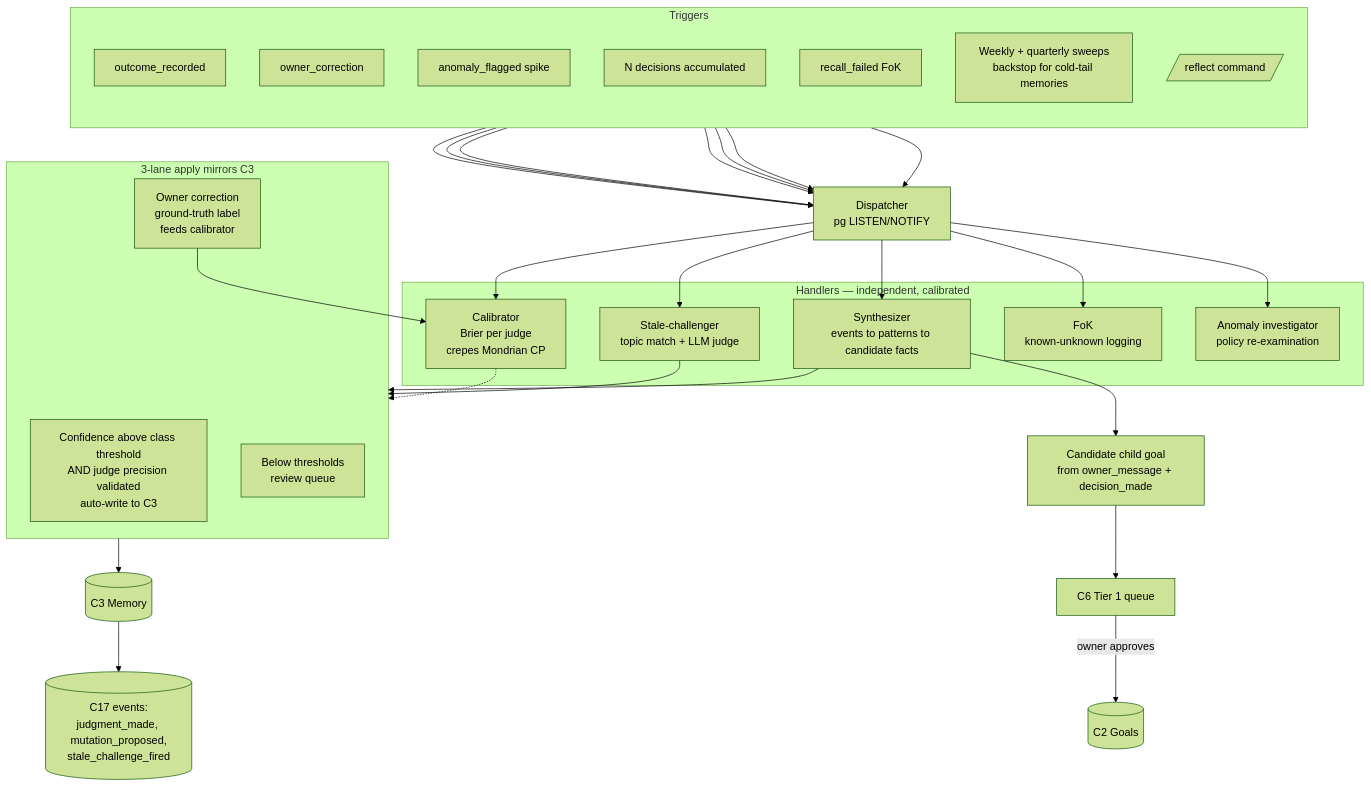
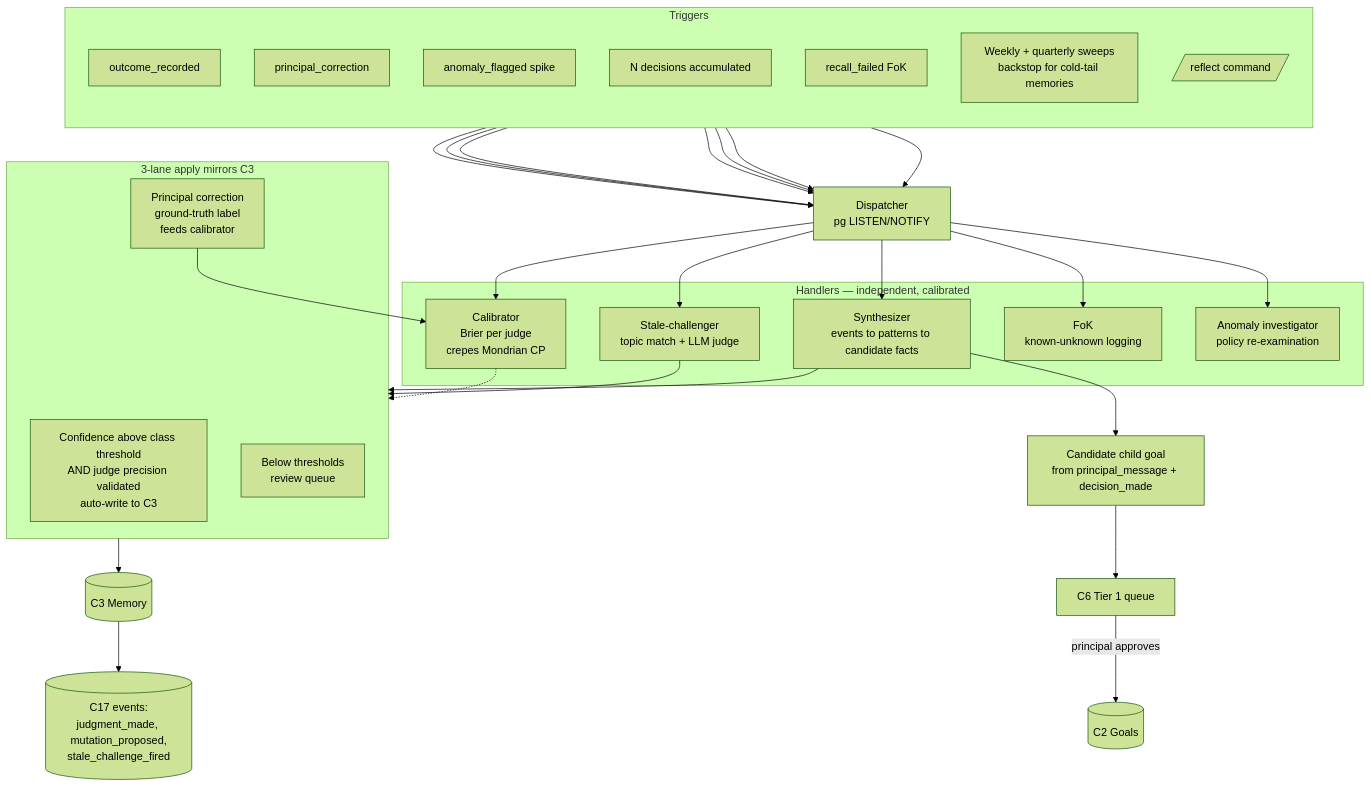
The fifth of 8 diagrams in docs/design/jarvis-flows.md (Osasuwu/jarvis), drawn with Mermaid (forest theme) before and after one commit. The commit also changed other lines of this file and 19 other files, not shown here.

````diff
--- a/docs/design/jarvis-flows.md
+++ b/docs/design/jarvis-flows.md
@@ -209,56 +209,56 @@
 ```mermaid
 flowchart TB
     subgraph TRIG[Triggers]
         direction TB
         ev_outcome[outcome_recorded]
-        ev_correct[owner_correction]
+        ev_correct[principal_correction]
         ev_anomaly[anomaly_flagged spike]
         ev_decision[N decisions accumulated]
         ev_recall_fail[recall_failed FoK]
         sweep[Weekly + quarterly sweeps<br/>backstop for cold-tail memories]
         invoke[/reflect command/]
     end
 
     disp[Dispatcher<br/>pg LISTEN/NOTIFY]
 
     subgraph HAND[Handlers — independent, calibrated]
         synth[Synthesizer<br/>events to patterns to candidate facts]
         stale[Stale-challenger<br/>topic match + LLM judge]
         calib[Calibrator<br/>Brier per judge<br/>crepes Mondrian CP]
         fok[FoK<br/>known-unknown logging]
         anom[Anomaly investigator<br/>policy re-examination]
     end
 
     subgraph APPLY[3-lane apply mirrors C3]
         lane1[Confidence above class threshold<br/>AND judge precision validated<br/>auto-write to C3]
         lane2[Below thresholds<br/>review queue]
-        lane3[Owner correction<br/>ground-truth label<br/>feeds calibrator]
+        lane3[Principal correction<br/>ground-truth label<br/>feeds calibrator]
     end
 
     ev_outcome --> disp
     ev_correct --> disp
     ev_anomaly --> disp
     ev_decision --> disp
     ev_recall_fail --> disp
     sweep --> disp
     invoke --> disp
 
     disp --> synth
     disp --> stale
     disp --> calib
     disp --> fok
     disp --> anom
 
     synth --> APPLY
     stale --> APPLY
     calib -.-> APPLY
 
     APPLY --> c3[(C3 Memory)]
     lane3 --> calib
 
-    synth --> goalcand[Candidate child goal<br/>from owner_message + decision_made]
+    synth --> goalcand[Candidate child goal<br/>from principal_message + decision_made]
     goalcand --> c6q[C6 Tier 1 queue]
-    c6q -->|owner approves| c2[(C2 Goals)]
+    c6q -->|principal approves| c2[(C2 Goals)]
 
     c3 --> events[(C17 events:<br/>judgment_made, mutation_proposed,<br/>stale_challenge_fired)]
 ```
````
